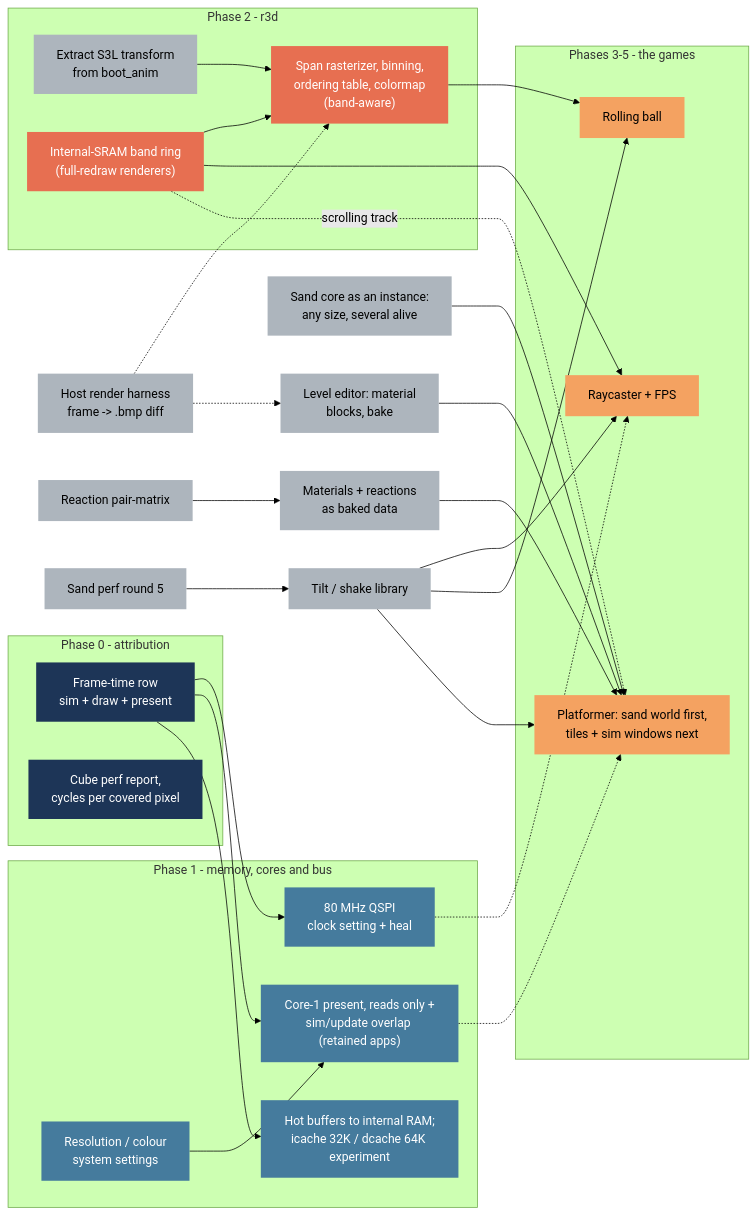
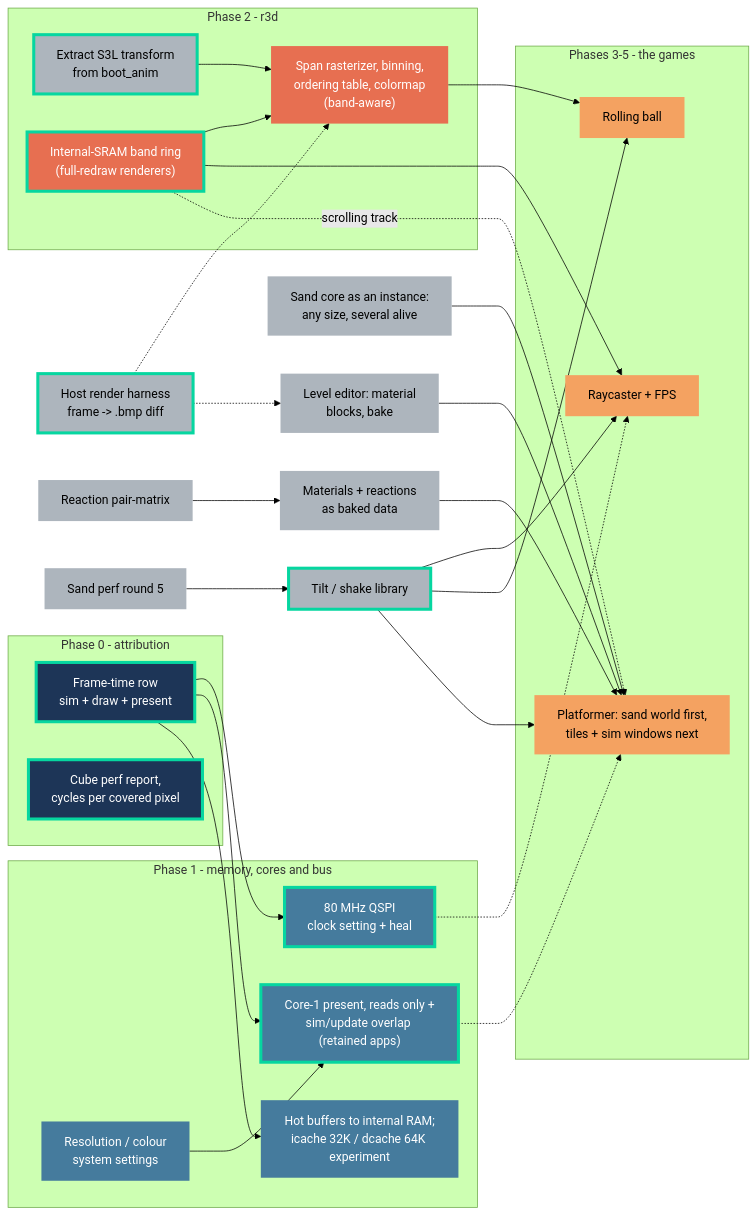
Before and after one commit to jose-villegas/autana: the first of 2 diagrams in docs/Autana-Rendering-Roadmap.md, drawn with Mermaid (forest theme). The commit also changed other lines of this file and 5 other files, not shown here.

````diff
--- a/docs/Autana-Rendering-Roadmap.md
+++ b/docs/Autana-Rendering-Roadmap.md
@@ -31,58 +29,61 @@
 ```mermaid
 flowchart LR
   classDef p0 fill:#1d3557,color:#fff,stroke:none
   classDef p1 fill:#457b9d,color:#fff,stroke:none
   classDef p2 fill:#e76f51,color:#fff,stroke:none
   classDef game fill:#f4a261,color:#000,stroke:none
   classDef side fill:#adb5bd,color:#000,stroke:none
+  classDef done stroke:#06d6a0,stroke-width:4px
 
   subgraph P0["Phase 0 - attribution"]
     frameTime["Frame-time row<br/>sim + draw + present"]:::p0
     cubePerf["Cube perf report,<br/>cycles per covered pixel"]:::p0
   end
   subgraph P1["Phase 1 - memory, cores and bus"]
     busRoot["80 MHz QSPI<br/>clock setting + heal"]:::p1
     corePresent["Core-1 present, reads only +<br/>sim/update overlap (retained apps)"]:::p1
     memPlacement["Hot buffers to internal RAM;<br/>icache 32K / dcache 64K experiment"]:::p1
     resSettings["Resolution / colour<br/>system settings"]:::p1
   end
   subgraph P2["Phase 2 - r3d"]
     s3lExtract["Extract S3L transform<br/>from boot_anim"]:::side
     bandRing["Internal-SRAM band ring<br/>(full-redraw renderers)"]:::p2
     rasterizer["Span rasterizer, binning,<br/>ordering table, colormap<br/>(band-aware)"]:::p2
   end
   subgraph G["Phases 3-5 - the games"]
     raycaster["Raycaster + FPS"]:::game
     rollingBall["Rolling ball"]:::game
     platformer["Platformer: sand world first,<br/>tiles + sim windows next"]:::game
   end
   hostHarness["Host render harness<br/>frame -> .bmp diff"]:::side
   levelEditor["Level editor: material<br/>blocks, bake"]:::side
   materialData["Materials + reactions<br/>as baked data"]:::side
   sandInstance["Sand core as an instance:<br/>any size, several alive"]:::side
   reactionMatrix["Reaction pair-matrix"]:::side
   tiltShake["Tilt / shake library"]:::side
   sandPerf5["Sand perf round 5"]:::side
 
   frameTime --> busRoot
   frameTime --> corePresent
   frameTime --> memPlacement
   resSettings --> corePresent
   bandRing --> rasterizer
   s3lExtract --> rasterizer
   bandRing --> raycaster
   tiltShake --> raycaster
   rasterizer --> rollingBall
   tiltShake --> rollingBall
   levelEditor --> platformer
   materialData --> platformer
   sandInstance --> platformer
   tiltShake --> platformer
   reactionMatrix --> materialData
   bandRing -.->|scrolling track| platformer
   sandPerf5 --> tiltShake
   hostHarness -.-> rasterizer
   hostHarness -.-> levelEditor
   busRoot -.-> raycaster
   corePresent -.-> platformer
+
+  class frameTime,cubePerf,busRoot,corePresent,bandRing,hostHarness,s3lExtract,tiltShake done
 ```
````
